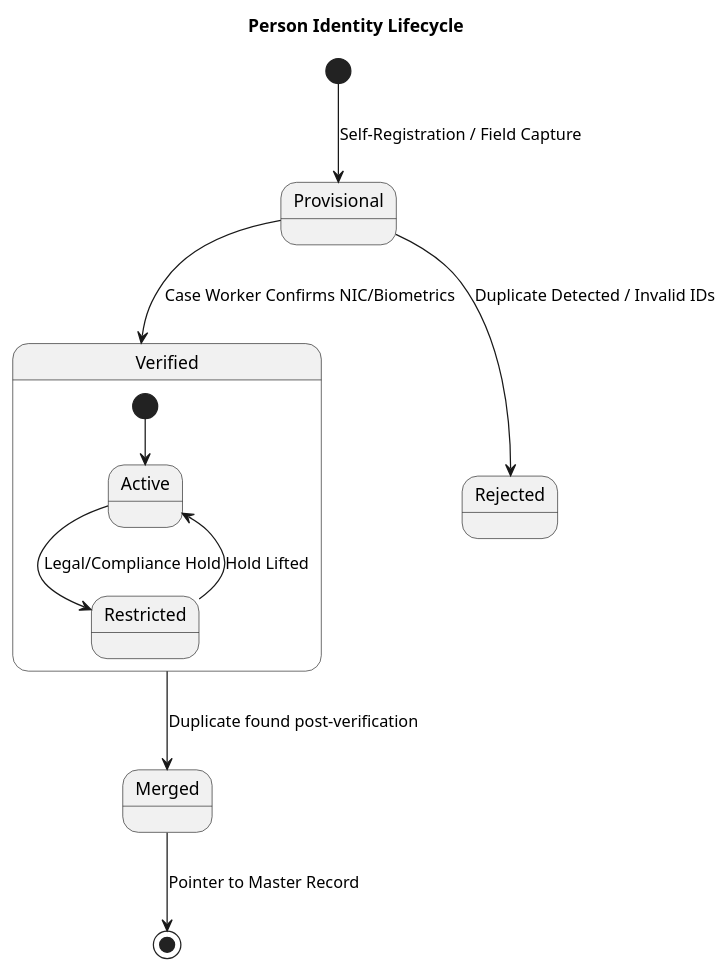
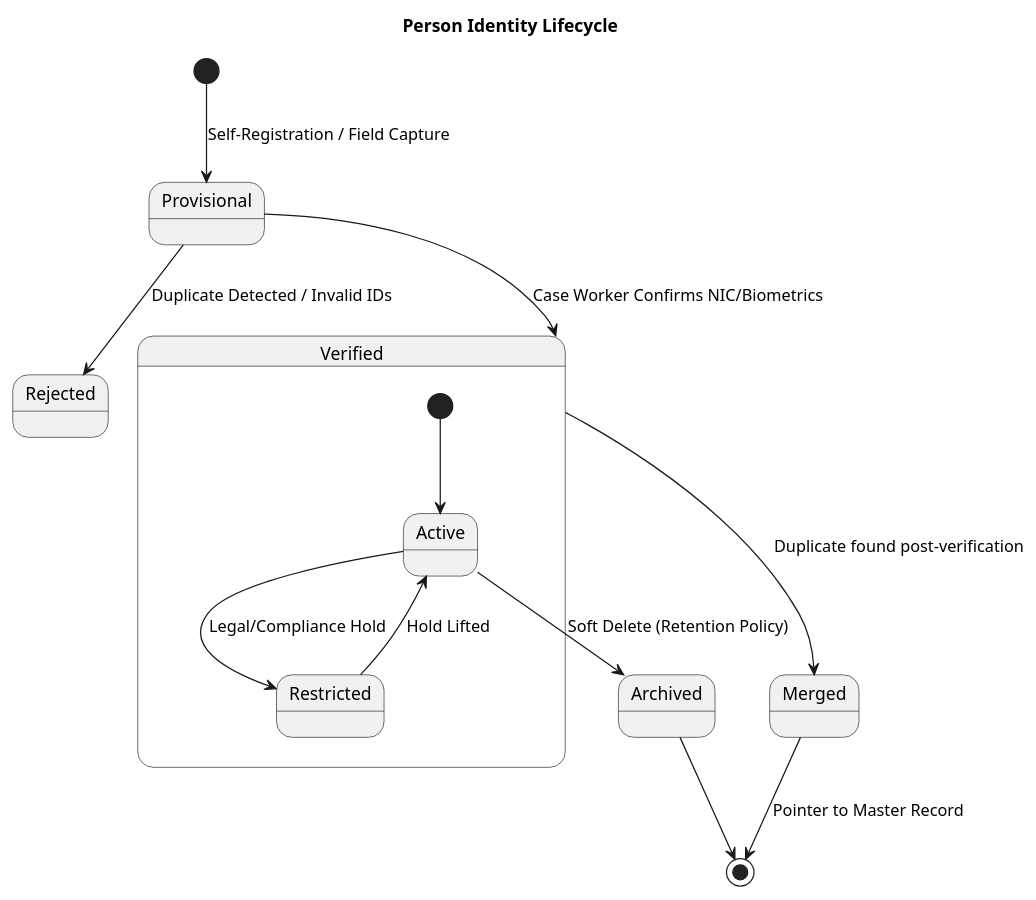
One commit to nisalatp/scp-spec changed the diagram in Docs/System/Identity/diagrams/lifecycle.puml. Above: the diagram before and after it, drawn with PlantUML. The commit also changed 38 other files, not shown here.

```diff
--- a/Docs/System/Identity/diagrams/lifecycle.puml
+++ b/Docs/System/Identity/diagrams/lifecycle.puml
@@ -1,18 +1,20 @@
 @startuml identity-lifecycle
 title Person Identity Lifecycle
 
 [*] --> Provisional : Self-Registration / Field Capture
 
 Provisional --> Verified : Case Worker Confirms NIC/Biometrics
 Provisional --> Rejected : Duplicate Detected / Invalid IDs
 
 state Verified {
   [*] --> Active
   Active --> Restricted : Legal/Compliance Hold
   Restricted --> Active : Hold Lifted
 }
 
 Verified --> Merged : Duplicate found post-verification
 Merged --> [*] : Pointer to Master Record
 
+Active --> Archived : Soft Delete (Retention Policy)
+Archived --> [*]
 @enduml
```
